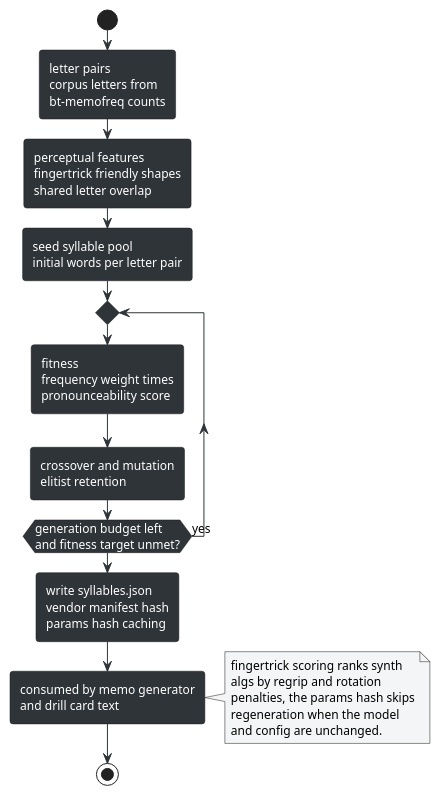
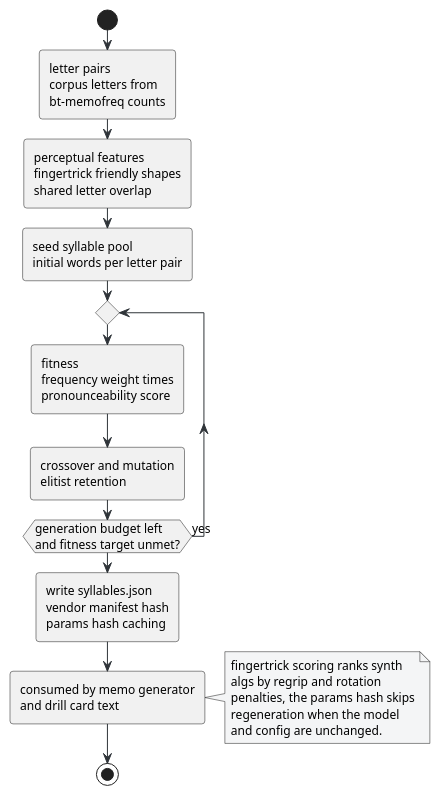
One commit to lavantien/blind-trainer changed the diagram in docs/diagrams/05-ga.puml. Above: the diagram before and after it, drawn with PlantUML. The commit also changed 19 other files, not shown here.

Commit message:
docs(diagrams): render every diagram in the light theme

```diff
--- a/docs/diagrams/05-ga.puml
+++ b/docs/diagrams/05-ga.puml
@@ -1,28 +1,26 @@
 @startuml 05-ga
 skinparam backgroundColor #FFFFFF
 skinparam defaultFontName Segoe UI
 skinparam defaultFontSize 12
 skinparam roundCorner 6
 skinparam ArrowColor #2f3439
-skinparam ActivityBackgroundColor #2f3439
-skinparam ActivityFontColor #FFFFFF
 skinparam NoteBackgroundColor #f4f5f6
 start
 :letter pairs\ncorpus letters from\nbt-memofreq counts;
 :perceptual features\nfingertrick friendly shapes\nshared letter overlap;
 :seed syllable pool\ninitial words per letter pair;
 repeat
   :fitness\nfrequency weight times\npronounceability score;
   :crossover and mutation\nelitist retention;
 repeat while (generation budget left\nand fitness target unmet?) is (yes)
 :write syllables.json\nvendor manifest hash\nparams hash caching;
 :consumed by memo generator\nand drill card text;
 note right
   fingertrick scoring ranks synth
   algs by regrip and rotation
   penalties, the params hash skips
   regeneration when the model
   and config are unchanged.
 end note
 stop
 @enduml
```
